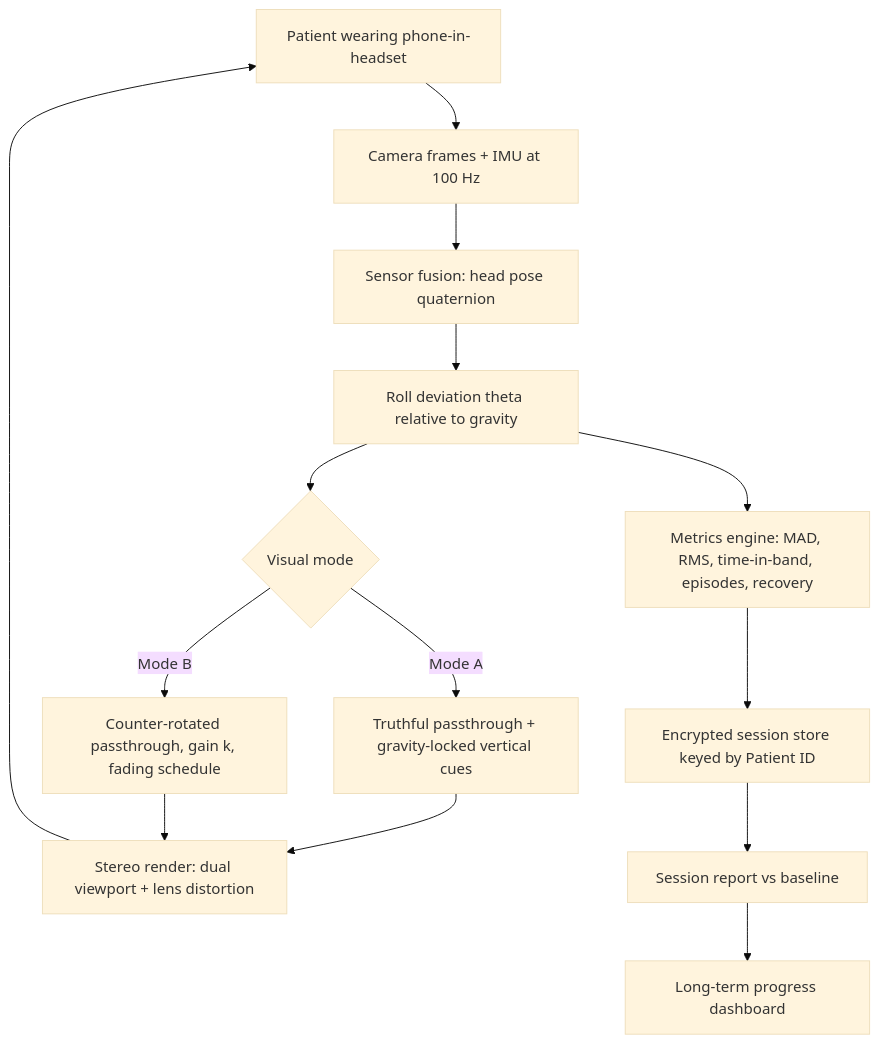
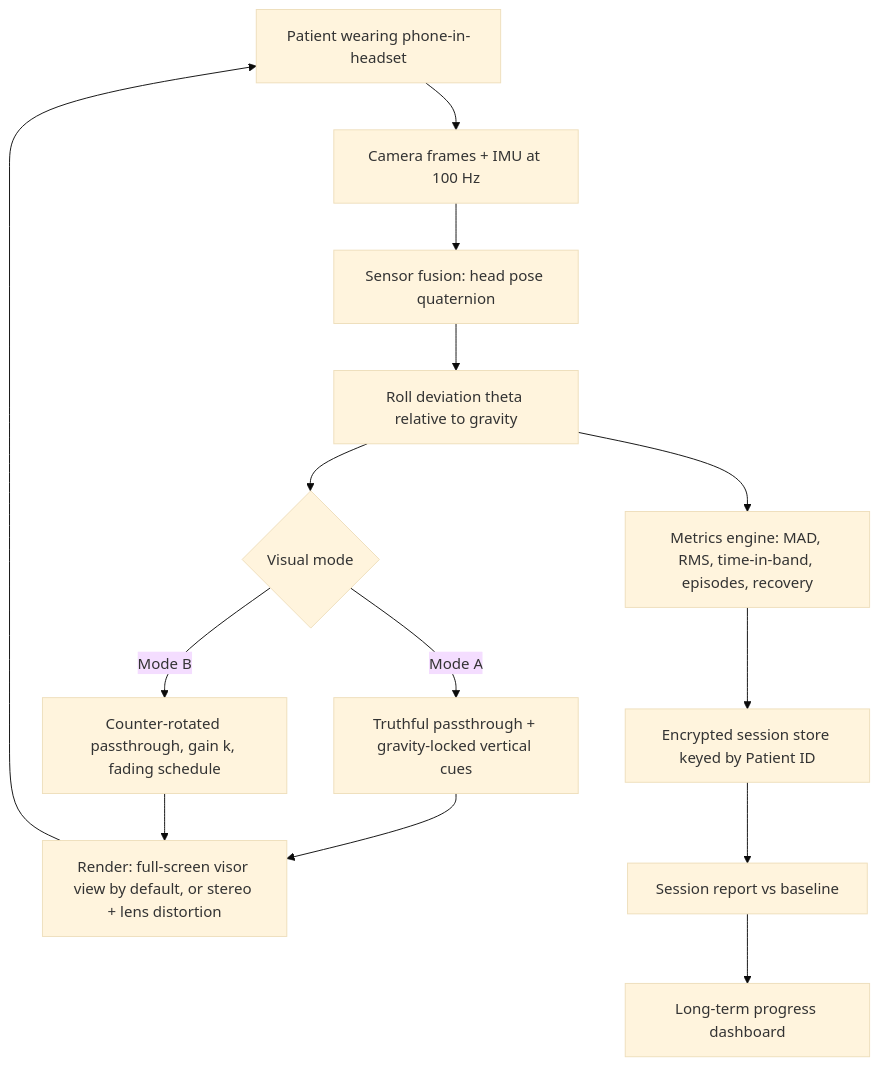
Before and after one commit to vivekjami/Lateropulsion: the first of 2 diagrams in README.md, drawn with Mermaid (base theme). The commit also changed other lines of this file and 25 other files, not shown here.

First line of the commit message:
Visor (mono) display mode is the default (ADR-019): one full-screen aspect-true camera image with gravity-locked overlays; stereo lens path kept as an option

````diff
--- a/README.md
+++ b/README.md
@@ -97,16 +97,16 @@
 ```mermaid
 flowchart TD
     A[Patient wearing phone-in-headset] --> B[Camera frames + IMU at 100 Hz]
     B --> C[Sensor fusion: head pose quaternion]
     C --> D[Roll deviation theta relative to gravity]
     D --> E{Visual mode}
     E -->|Mode A| F[Truthful passthrough + gravity-locked vertical cues]
     E -->|Mode B| G[Counter-rotated passthrough, gain k, fading schedule]
-    F --> H[Stereo render: dual viewport + lens distortion]
+    F --> H[Render: full-screen visor view by default, or stereo + lens distortion]
     G --> H
     H --> A
     D --> I[Metrics engine: MAD, RMS, time-in-band, episodes, recovery]
     I --> J[Encrypted session store keyed by Patient ID]
     J --> K[Session report vs baseline]
     K --> L[Long-term progress dashboard]
 ```
````
